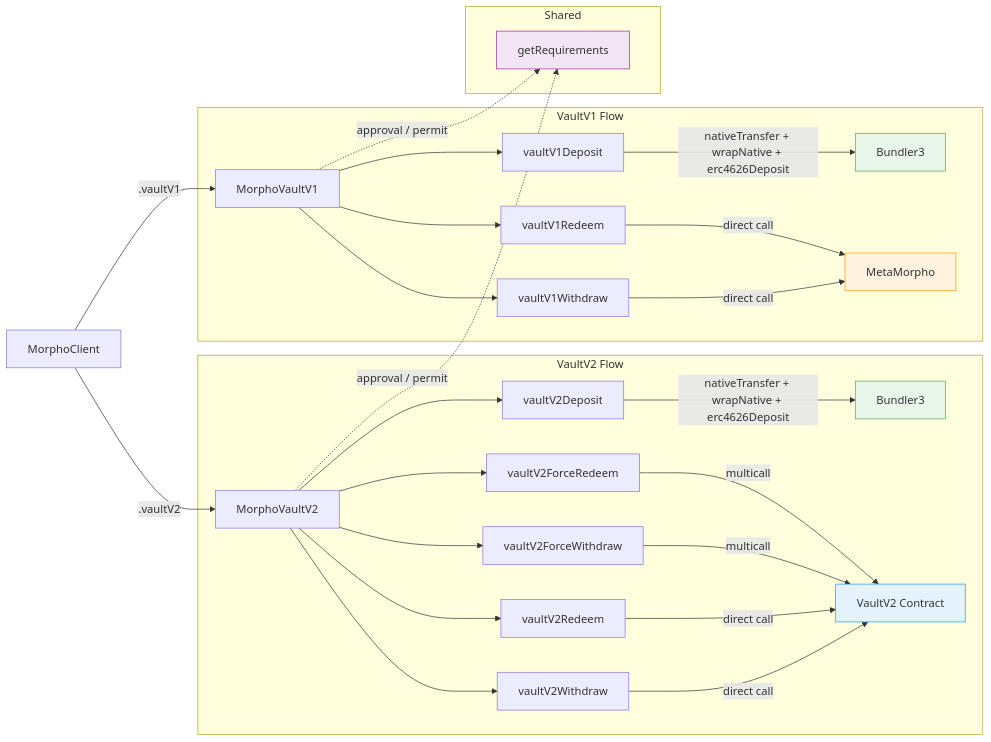
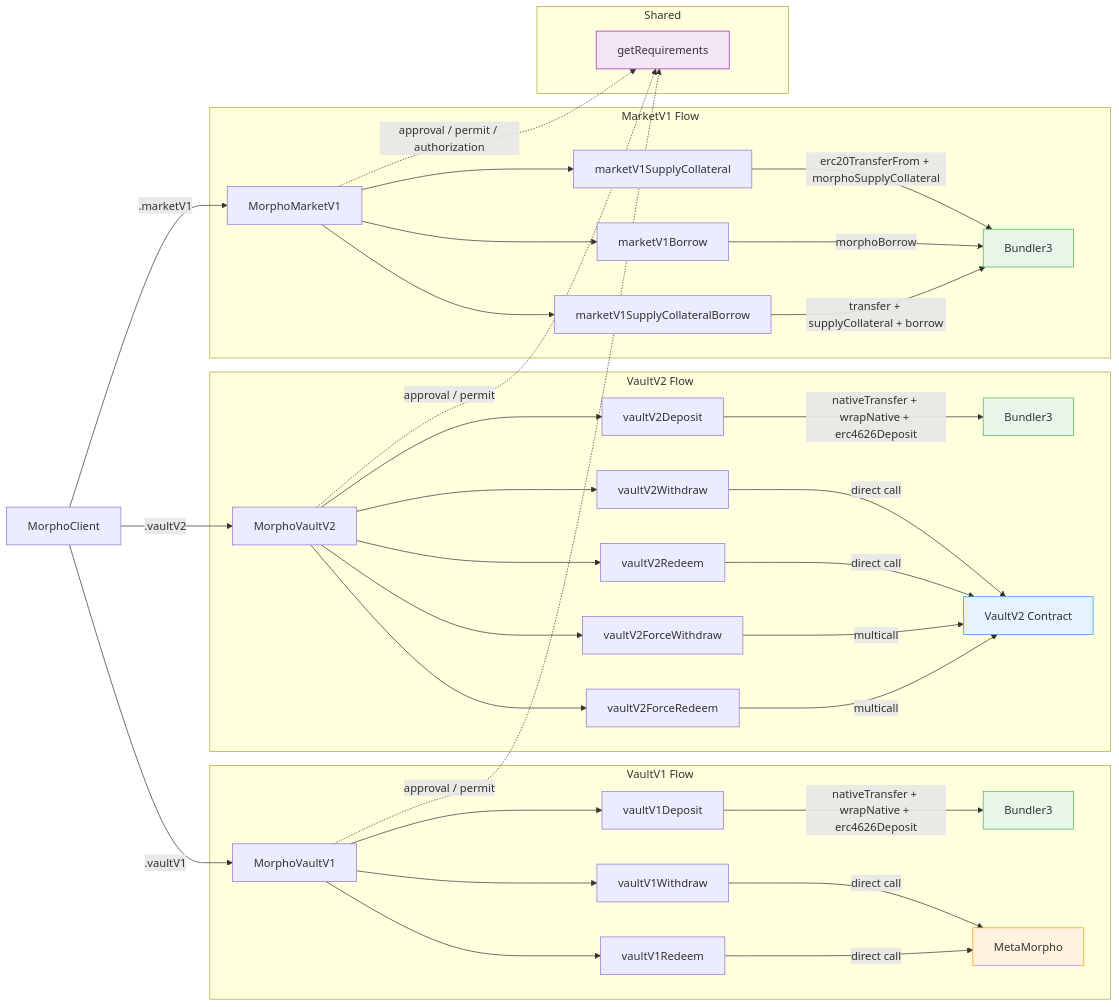
Before and after one commit to morpho-org/morpho-sdk: the diagram in README.md, drawn with Mermaid. The commit also changed other lines of this file and 8 other files, not shown here.

Commit message:
refactor(architecture): integrate MarketV1 into documentation, detailing operations and routing through bundler3 for enhanced clarity and consistency

````diff
--- a/README.md
+++ b/README.md
@@ -156,46 +217,60 @@
 ```mermaid
 graph LR
     MC[MorphoClient]
 
     MC -->|.vaultV1| MV1
     MC -->|.vaultV2| MV2
+    MC -->|.marketV1| MM1
 
     subgraph VaultV1 Flow
         MV1[MorphoVaultV1]
         MV1 --> V1D[vaultV1Deposit]
         MV1 --> V1W[vaultV1Withdraw]
         MV1 --> V1R[vaultV1Redeem]
 
         V1D -->|nativeTransfer + wrapNative + erc4626Deposit| B1[Bundler3]
         V1W -->|direct call| MM[MetaMorpho]
         V1R -->|direct call| MM
     end
 
     subgraph VaultV2 Flow
         MV2[MorphoVaultV2]
         MV2 --> V2D[vaultV2Deposit]
         MV2 --> V2W[vaultV2Withdraw]
         MV2 --> V2R[vaultV2Redeem]
         MV2 --> V2FW[vaultV2ForceWithdraw]
         MV2 --> V2FR[vaultV2ForceRedeem]
 
         V2D -->|nativeTransfer + wrapNative + erc4626Deposit| B2[Bundler3]
         V2W -->|direct call| V2C[VaultV2 Contract]
         V2R -->|direct call| V2C
         V2FW -->|multicall| V2C
         V2FR -->|multicall| V2C
     end
 
+    subgraph MarketV1 Flow
+        MM1[MorphoMarketV1]
+        MM1 --> M1SC[marketV1SupplyCollateral]
+        MM1 --> M1B[marketV1Borrow]
+        MM1 --> M1SCB[marketV1SupplyCollateralBorrow]
+
+        M1SC -->|erc20TransferFrom + morphoSupplyCollateral| B3[Bundler3]
+        M1B -->|morphoBorrow| B3
+        M1SCB -->|transfer + supplyCollateral + borrow| B3
+    end
+
     subgraph Shared
         REQ[getRequirements]
     end
 
     MV1 -.->|approval / permit| REQ
     MV2 -.->|approval / permit| REQ
+    MM1 -.->|approval / permit / authorization| REQ
 
     style B1 fill:#e8f5e9,stroke:#4caf50
     style B2 fill:#e8f5e9,stroke:#4caf50
+    style B3 fill:#e8f5e9,stroke:#4caf50
     style MM fill:#fff3e0,stroke:#ff9800
     style V2C fill:#e3f2fd,stroke:#2196f3
     style REQ fill:#f3e5f5,stroke:#9c27b0
 ```
````
